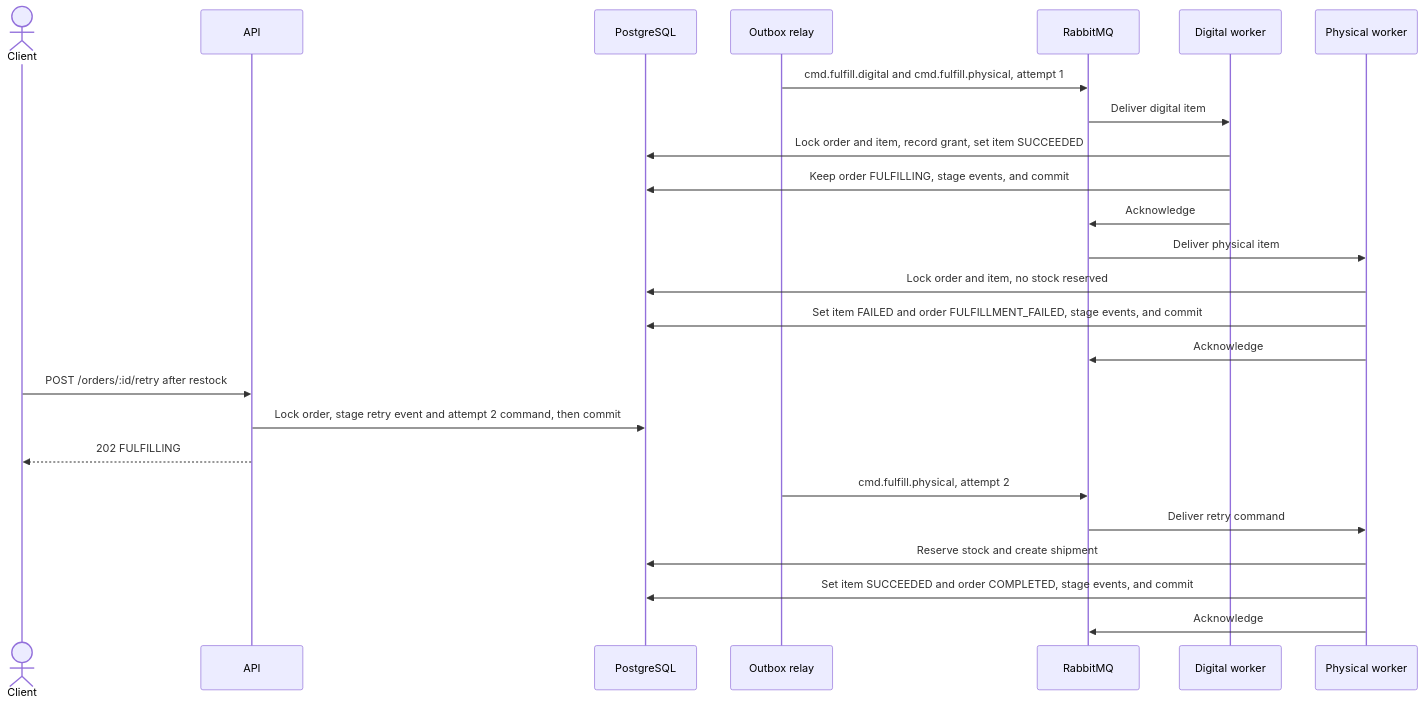
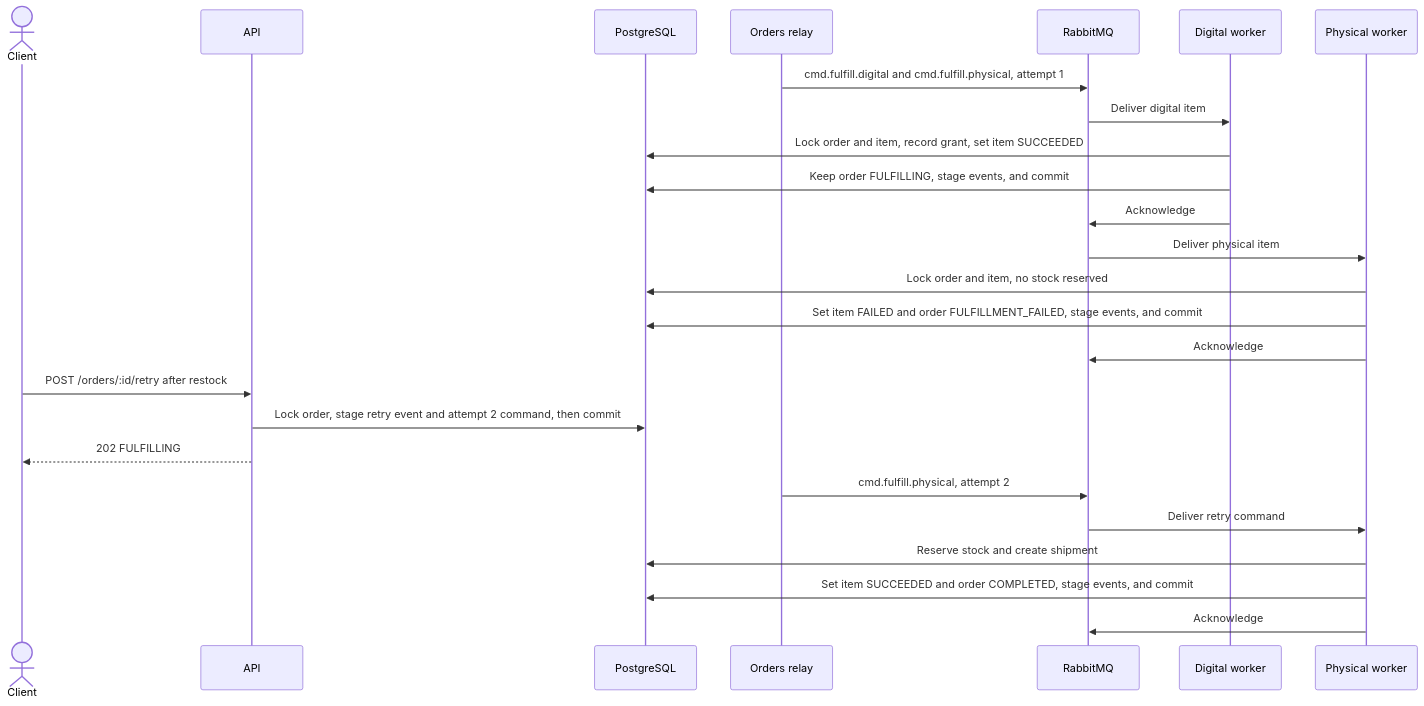
The second of 2 diagrams in docs/diagrams/fulfill_order.md (dinno7/distributed-ecommerce), drawn with Mermaid before and after one commit. The commit also changed other lines of this file and 1 other file, not shown here.

Commit message:
docs:  changes in seq diagrams

````diff
--- a/docs/diagrams/fulfill_order.md
+++ b/docs/diagrams/fulfill_order.md
@@ -49,30 +61,30 @@
 ```mermaid
 sequenceDiagram
     actor Client
     participant API
     participant DB as PostgreSQL
-    participant Relay as Outbox relay
+    participant Relay as Orders relay
     participant MQ as RabbitMQ
     participant Digital as Digital worker
     participant Physical as Physical worker
 
     Relay->>MQ: cmd.fulfill.digital and cmd.fulfill.physical, attempt 1
     MQ->>Digital: Deliver digital item
     Digital->>DB: Lock order and item, record grant, set item SUCCEEDED
     Digital->>DB: Keep order FULFILLING, stage events, and commit
     Digital->>MQ: Acknowledge
     MQ->>Physical: Deliver physical item
     Physical->>DB: Lock order and item, no stock reserved
     Physical->>DB: Set item FAILED and order FULFILLMENT_FAILED, stage events, and commit
     Physical->>MQ: Acknowledge
 
     Client->>API: POST /orders/:id/retry after restock
     API->>DB: Lock order, stage retry event and attempt 2 command, then commit
     API-->>Client: 202 FULFILLING
 
     Relay->>MQ: cmd.fulfill.physical, attempt 2
     MQ->>Physical: Deliver retry command
     Physical->>DB: Reserve stock and create shipment
     Physical->>DB: Set item SUCCEEDED and order COMPLETED, stage events, and commit
     Physical->>MQ: Acknowledge
 ```
````
